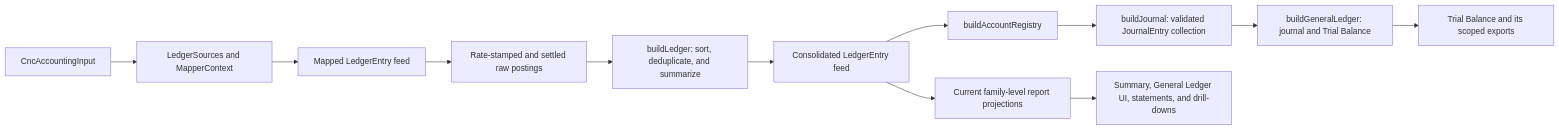
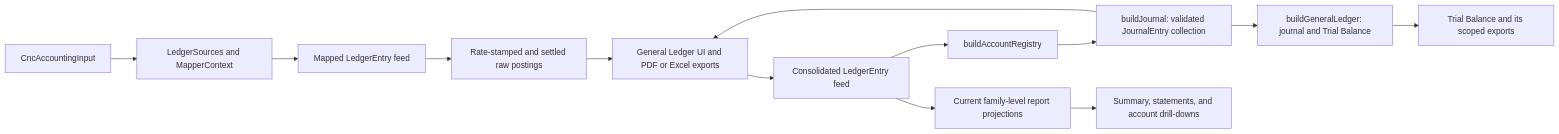
One commit to globe-and-citizen/cnc-portal changed the second of 5 diagrams in docs/implementation/accounting-read-model/README.md. Above: the diagram before and after it, drawn with Mermaid. The commit also changed other lines of this file and 2 other files, not shown here.

Commit message:
docs: 📝 document journal-based General Ledger

````diff
--- a/docs/implementation/accounting-read-model/README.md
+++ b/docs/implementation/accounting-read-model/README.md
@@ -36,14 +36,15 @@
 ```mermaid
 flowchart LR
     input[CncAccountingInput] --> context[LedgerSources and MapperContext]
     context --> mapped[Mapped LedgerEntry feed]
     mapped --> raw[Rate-stamped and settled raw postings]
     raw --> ledger[buildLedger: sort, deduplicate, and summarize]
     ledger --> entries[Consolidated LedgerEntry feed]
     entries --> registry[buildAccountRegistry]
     registry --> journal[buildJournal: validated JournalEntry collection]
     journal --> trial[buildGeneralLedger: journal and Trial Balance]
+    journal --> ledger[General Ledger UI and PDF or Excel exports]
     entries --> legacy[Current family-level report projections]
-    legacy --> summary[Summary, General Ledger UI, statements, and drill-downs]
+    legacy --> summary[Summary, statements, and account drill-downs]
     trial --> trialCard[Trial Balance and its scoped exports]
 ```
````
